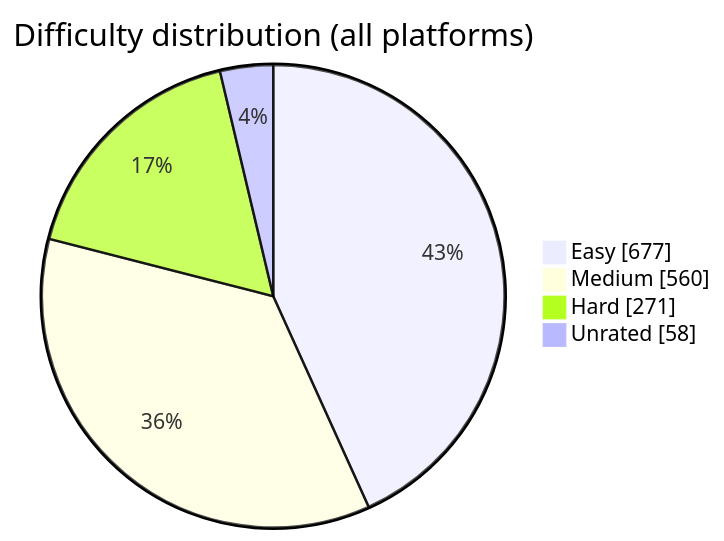
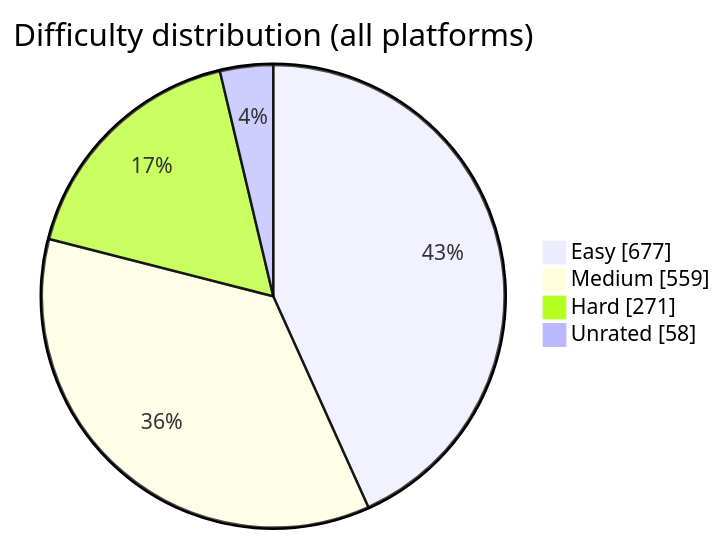
One commit to BuildbyArindam/Daily-Coding-Log changed the diagram in README.md. Above: the diagram before and after it, drawn with Mermaid. The commit also changed other lines of this file, not shown here.

````diff
--- a/README.md
+++ b/README.md
@@ -93,7 +93,7 @@
 ```mermaid
 pie showData title Difficulty distribution (all platforms)
     "Easy" : 677
-    "Medium" : 560
+    "Medium" : 559
     "Hard" : 271
     "Unrated" : 58
 ```
````
